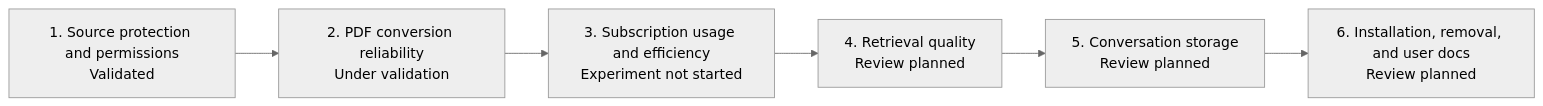
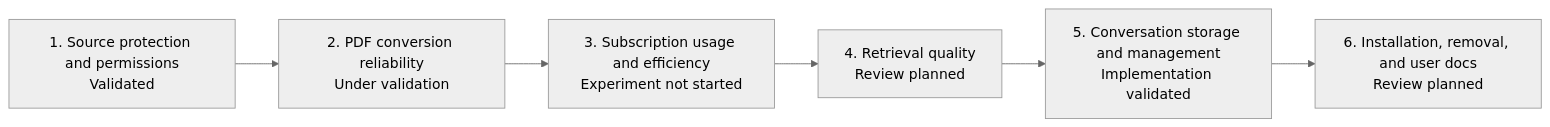
Before and after one commit to LWH4Data/research-agent: the diagram in docs/technical/ROADMAP.en.md, drawn with Mermaid (neutral theme). The commit also changed other lines of this file and 12 other files, not shown here.

Commit message:
Add saved conversation lifecycle management

````diff
--- a/docs/technical/ROADMAP.en.md
+++ b/docs/technical/ROADMAP.en.md
@@ -13,8 +13,8 @@
 ```mermaid
 flowchart LR
     M1[1. Source protection and permissions<br/>Validated] --> M2[2. PDF conversion reliability<br/>Under validation]
     M2 --> M3[3. Subscription usage and efficiency<br/>Experiment not started]
     M3 --> M4[4. Retrieval quality<br/>Review planned]
-    M4 --> M5[5. Conversation storage<br/>Review planned]
+    M4 --> M5[5. Conversation storage and management<br/>Implementation validated]
     M5 --> M6[6. Installation, removal, and user docs<br/>Review planned]
 ```
````
